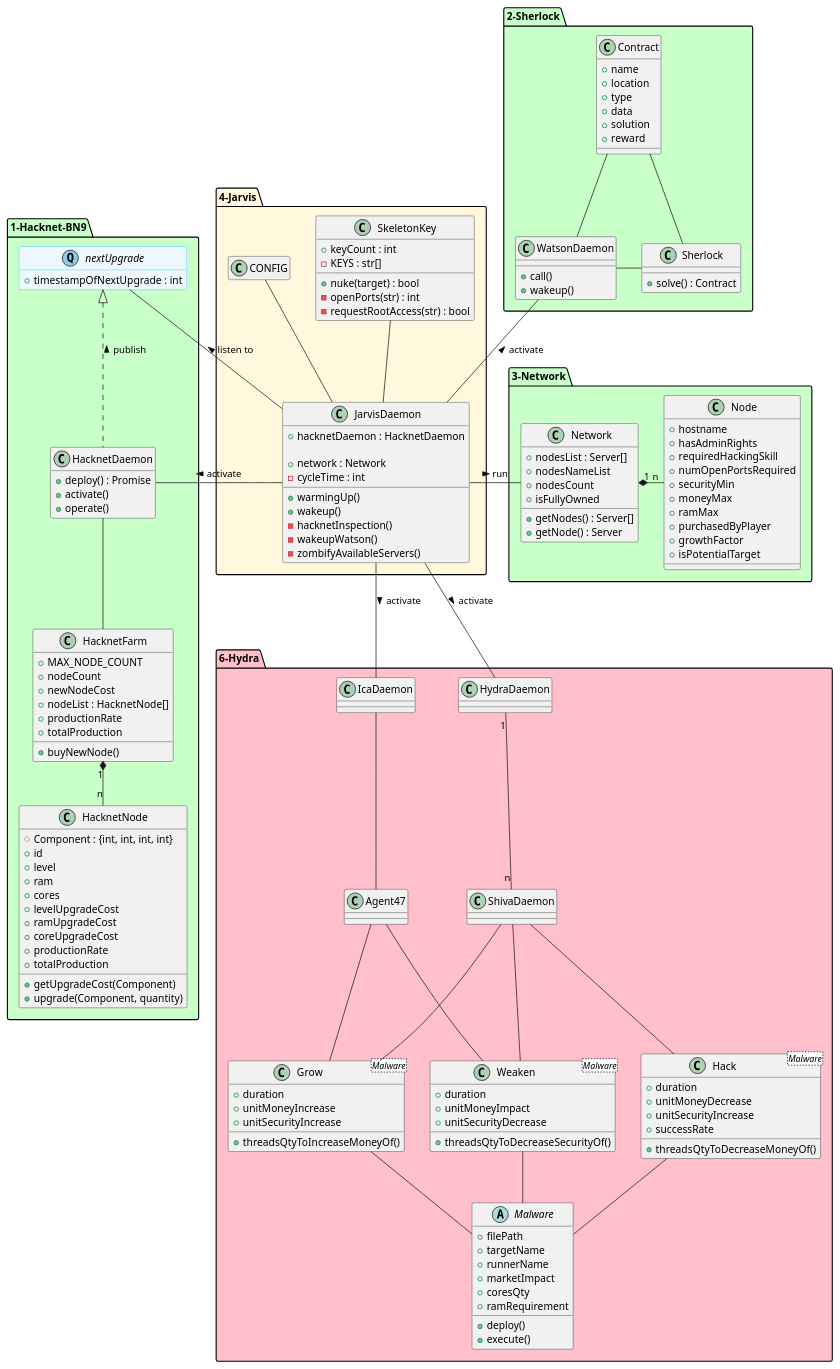
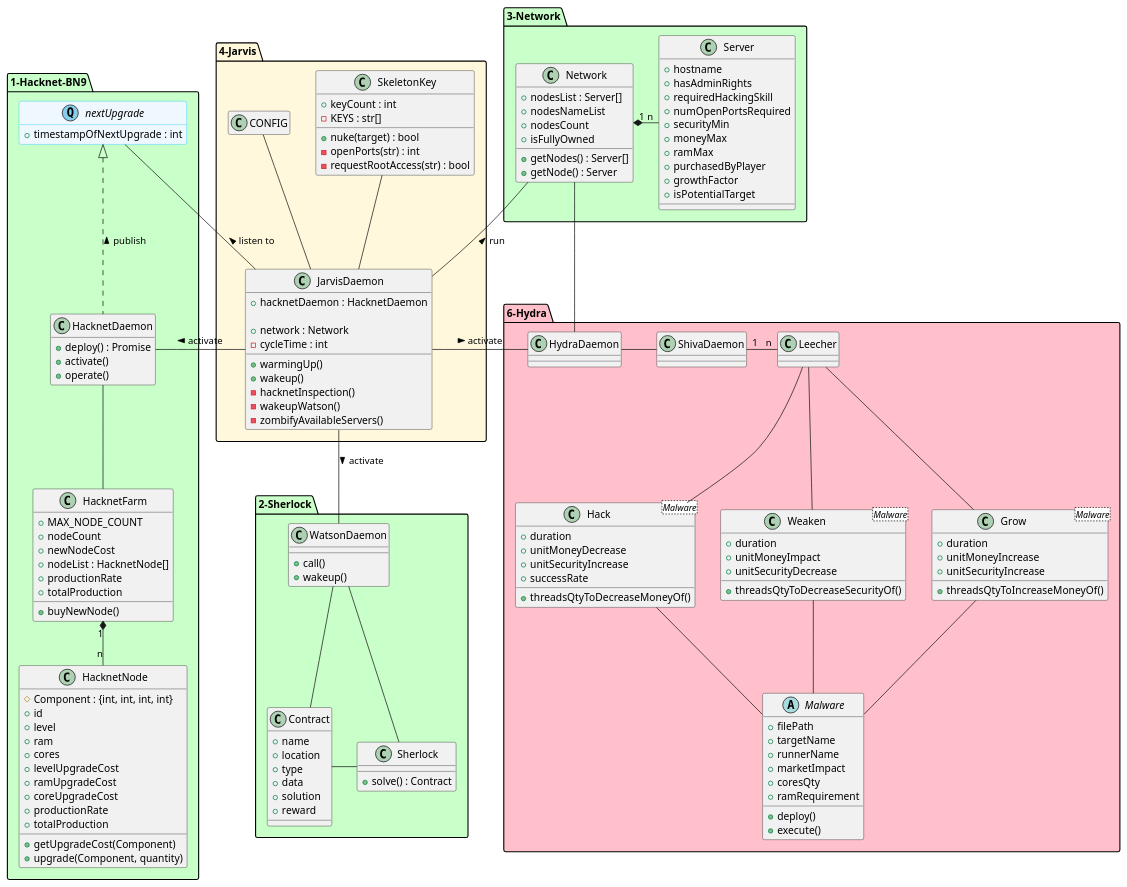
The diagram in doc/class-diagram.iuml (Desvart/bitburner), drawn with PlantUML before and after one commit. The commit also changed 1 other file, not shown here.

```diff
--- a/doc/class-diagram.iuml
+++ b/doc/class-diagram.iuml
@@ -78,7 +78,7 @@
     +getNode() : Server
   }
 
-  class Node {
+  class Server {
     +hostname
     +hasAdminRights
     +requiredHackingSkill
@@ -123,13 +123,11 @@
 
 package 6-Hydra #pink{
 
-  class IcaDaemon {}
-
-  class Agent47 {}
-
   class HydraDaemon {}
 
   class ShivaDaemon {}
+
+  class Leecher {}
 
   class Hack <Malware> {
     +duration
@@ -202,10 +200,9 @@
 
 JarvisDaemon      -l-     HacknetDaemon : > activate
 nextUpgrade       -      JarvisDaemon   : < listen to
-JarvisDaemon      -r-    Network         : > run
-JarvisDaemon      -u-    WatsonDaemon   : > activate
-JarvisDaemon      --     HydraDaemon    : > activate
-JarvisDaemon      --     IcaDaemon    : > activate
+JarvisDaemon      -u-    Network         : > run
+JarvisDaemon      -d-    WatsonDaemon   : > activate
+JarvisDaemon      -r-     HydraDaemon    : > activate
 'JarvisDaemon      -u--   TradingFloor
 'JarvisDaemon      -u--   CareerCoach
 
@@ -215,21 +212,21 @@
 HacknetFarm   "1" *-d- "n" HacknetNode
 
 'CONTRACTS'
-WatsonDaemon -u- Contract
+WatsonDaemon -d- Contract
 WatsonDaemon -r- Sherlock
 Sherlock -l- Contract
 
 'NETWORK'
-Network "1" *-r- "n" Node
+Network "1" *-r- "n" Server
+Network -- HydraDaemon
 
 'HYDRA'
-IcaDaemon -- Agent47
-HydraDaemon "1" -- "n" ShivaDaemon
-ShivaDaemon -d- Hack
-ShivaDaemon -d- Grow
-ShivaDaemon -d- Weaken
-Agent47 -d- Grow
-Agent47 -d- Weaken
+
+HydraDaemon - ShivaDaemon
+ShivaDaemon "1" - "n" Leecher
+Leecher -d- Hack
+Leecher -d- Grow
+Leecher -d- Weaken
 Hack -d- Malware
 Grow -d- Malware
 Weaken -d- Malware
```
